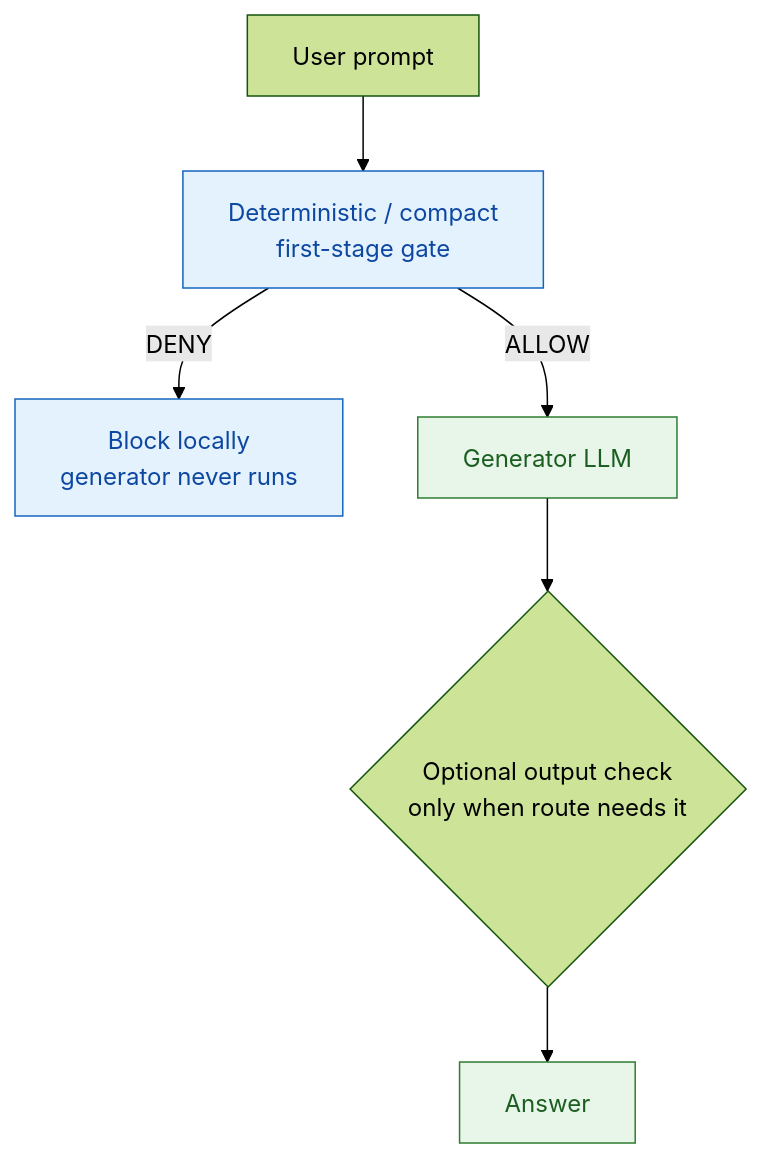
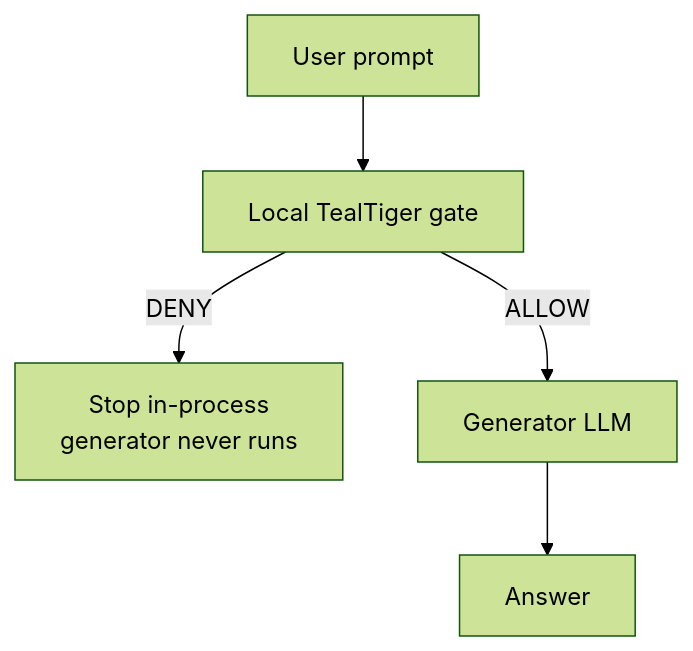
One commit to agentguard-ai/agentguard changed the second of 2 diagrams in blog-publish/haystack-tealtiger/_posts/2026-08-11-llm-judge-vs-deterministic-guardrails.md. Above: the diagram before and after it, drawn with Mermaid (forest theme). The commit also changed other lines of this file, not shown here.

Commit message:
Fix Mermaid diagrams and copy in Haystack guardrails blog post.

````diff
--- a/blog-publish/haystack-tealtiger/_posts/2026-08-11-llm-judge-vs-deterministic-guardrails.md
+++ b/blog-publish/haystack-tealtiger/_posts/2026-08-11-llm-judge-vs-deterministic-guardrails.md
@@ -185,13 +171,7 @@
 ```mermaid
 flowchart TD
-    A[User prompt] --> B[Deterministic / compact<br/>first-stage gate]
-    B -->|DENY| C[Block locally<br/>generator never runs]
+    A[User prompt] --> B[Local TealTiger gate]
+    B -->|DENY| C[Stop in-process<br/>generator never runs]
     B -->|ALLOW| D[Generator LLM]
-    D --> E{Optional output check<br/>only when route needs it}
-    E --> F[Answer]
-
-    classDef local fill:#e3f2fd,stroke:#1565c0,color:#0d47a1
-    classDef ok fill:#e8f5e9,stroke:#2e7d32,color:#1b5e20
-    class B,C local
-    class D,F ok
+    D --> E[Answer]
 ```
````
